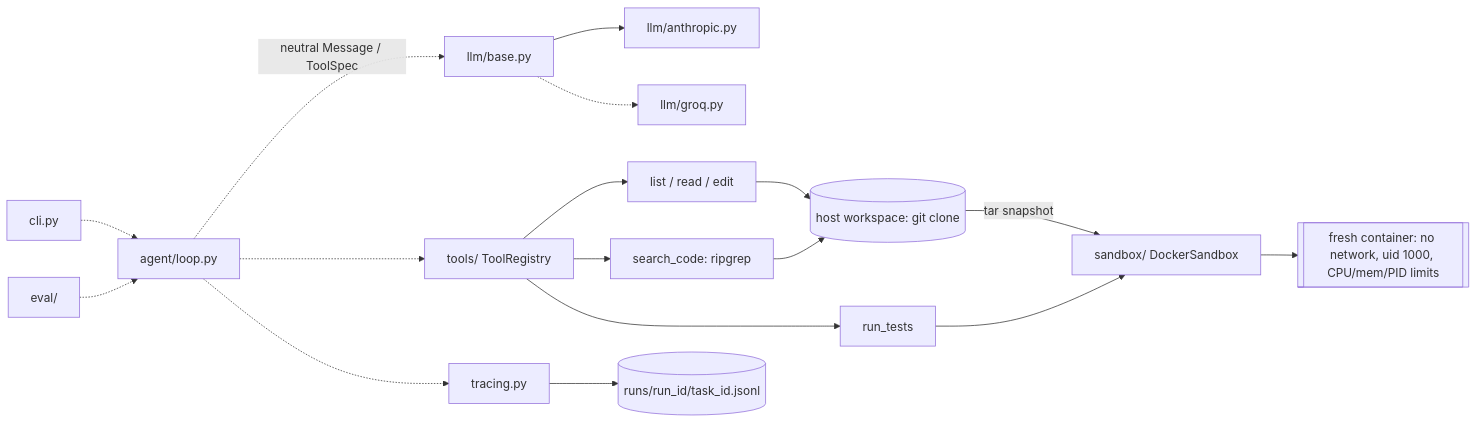
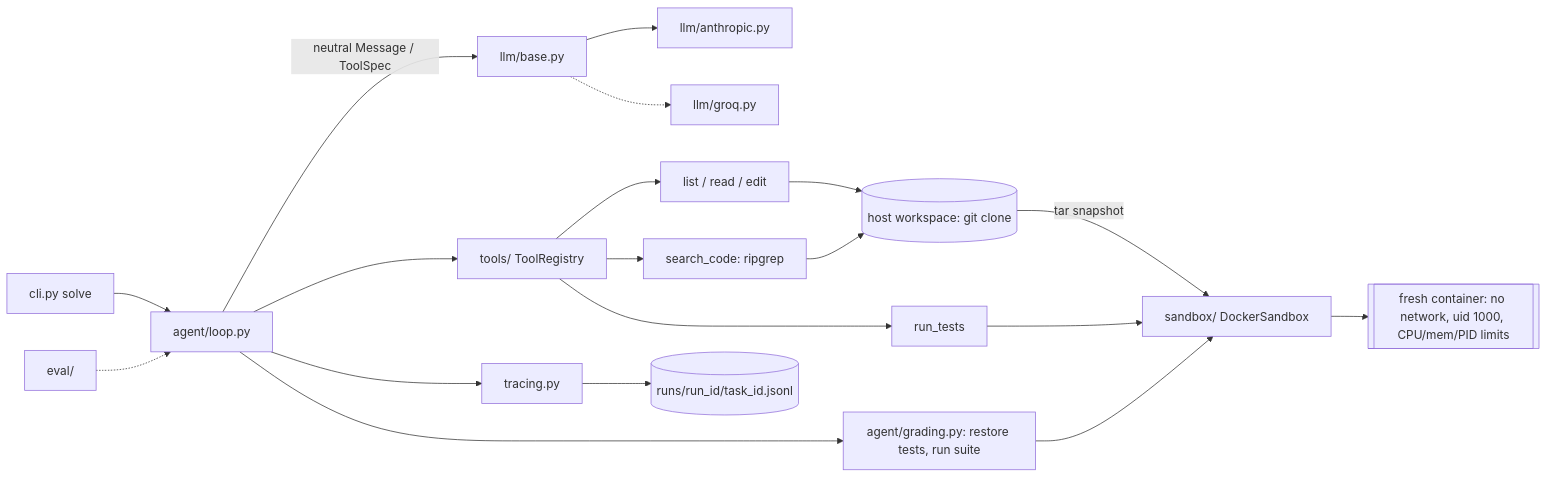
Before and after one commit to Gokuls007/agentic-code-repair: the diagram in README.md, drawn with Mermaid. The commit also changed other lines of this file and 31 other files, not shown here.

First line of the commit message:
Phase 3: agent loop with budgets, retries, caching, grading, solve command

````diff
--- a/README.md
+++ b/README.md
@@ -43,18 +44,20 @@
 ```mermaid
 flowchart LR
-    CLI[cli.py] -.-> Loop[agent/loop.py]
-    Loop -.->|neutral Message / ToolSpec| LLM[llm/base.py]
+    CLI[cli.py solve] --> Loop[agent/loop.py]
+    Loop -->|neutral Message / ToolSpec| LLM[llm/base.py]
     LLM --> A[llm/anthropic.py]
     LLM -.-> G[llm/groq.py]
-    Loop -.-> Reg[tools/ ToolRegistry]
+    Loop --> Reg[tools/ ToolRegistry]
     Reg --> FT[list / read / edit]
     Reg --> S[search_code: ripgrep]
     Reg --> RT[run_tests]
     FT & S --> WS[(host workspace: git clone)]
     RT --> SB[sandbox/ DockerSandbox]
     WS -->|tar snapshot| SB
     SB --> C[[fresh container: no network, uid 1000, CPU/mem/PID limits]]
-    Loop -.-> Trace[tracing.py]
+    Loop --> Trace[tracing.py]
+    Loop --> Grade[agent/grading.py: restore tests, run suite]
+    Grade --> SB
     Trace --> Runs[(runs/run_id/task_id.jsonl)]
     Eval[eval/] -.-> Loop
 ```
````
